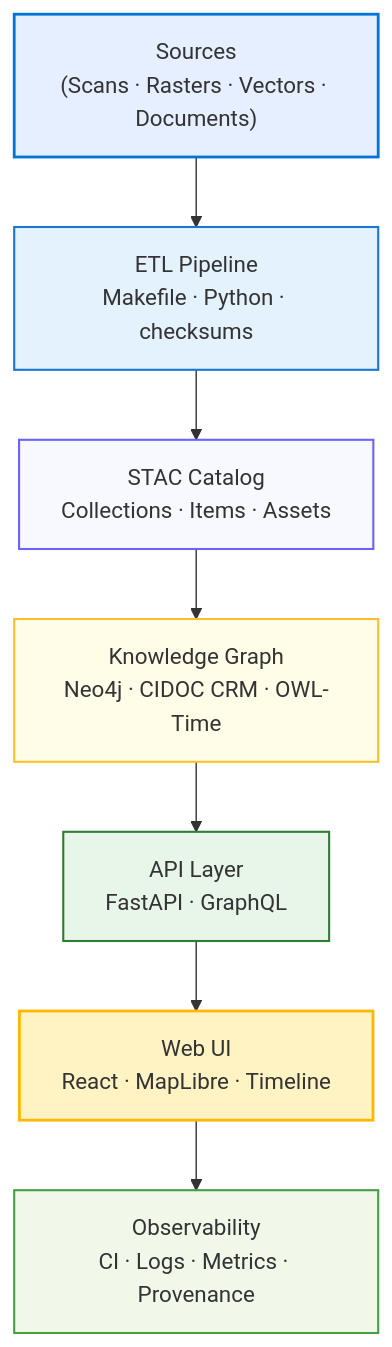
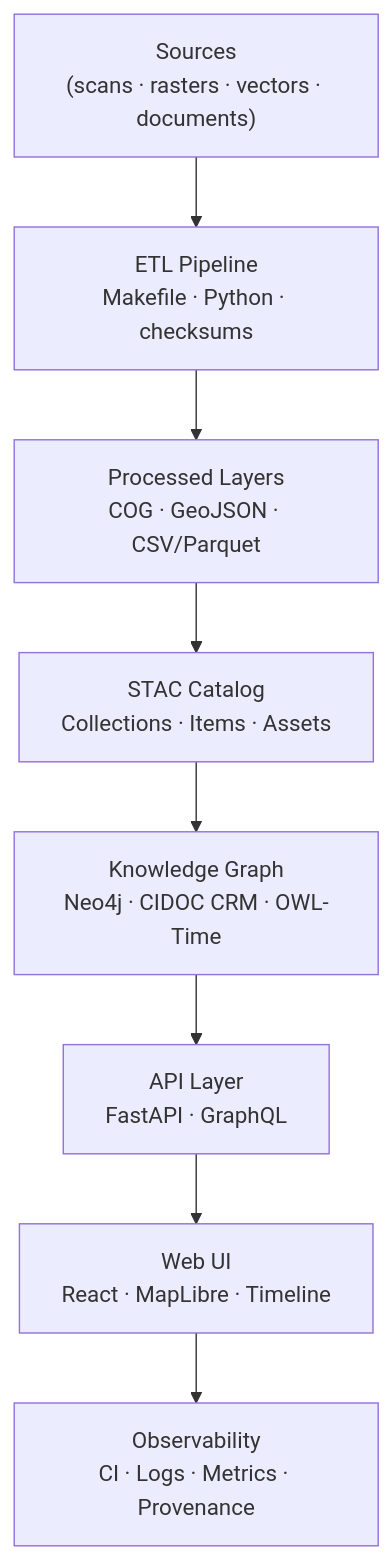
The first of 2 diagrams in docs/design/reviews/architecture/templates/architecture_review_template.md (bartytime4life/Kansas-Frontier-Matrix), drawn with Mermaid before and after one commit. The commit also changed other lines of this file, not shown here.

First line of the commit message:
Revise architecture review template for MCP-DL v6.3 compliance

`````diff
--- a/docs/design/reviews/architecture/templates/architecture_review_template.md
+++ b/docs/design/reviews/architecture/templates/architecture_review_template.md
@@ -48,19 +127,10 @@
 ```mermaid
 flowchart TD
-  A["Sources\n(Scans · Rasters · Vectors · Documents)"] --> B["ETL Pipeline\nMakefile · Python · checksums"]
-  B --> C["STAC Catalog\nCollections · Items · Assets"]
-  C --> D["Knowledge Graph\nNeo4j · CIDOC CRM · OWL-Time"]
-  D --> E["API Layer\nFastAPI · GraphQL"]
-  E --> F["Web UI\nReact · MapLibre · Timeline"]
-  F --> G["Observability\nCI · Logs · Metrics · Provenance"]
-
-  style A fill:#E6EFFF,stroke:#0074D9,stroke-width:2px
-  style B fill:#E3F2FD,stroke:#1976D2,stroke-width:1.5px
-  style C fill:#F8F8FF,stroke:#6C63FF,stroke-width:1.5px
-  style D fill:#FFFDE7,stroke:#FBC02D,stroke-width:1.5px
-  style E fill:#E8F5E9,stroke:#2E7D32,stroke-width:1.5px
-  style F fill:#FFF3C4,stroke:#FFB700,stroke-width:2px
-  style G fill:#F1F8E9,stroke:#43A047,stroke-width:1.5px
-
-  %% END OF MERMAID
-````
+  A["Sources\n(scans · rasters · vectors · documents)"] --> B["ETL Pipeline\nMakefile · Python · checksums"]
+  B --> C["Processed Layers\nCOG · GeoJSON · CSV/Parquet"]
+  C --> D["STAC Catalog\nCollections · Items · Assets"]
+  D --> E["Knowledge Graph\nNeo4j · CIDOC CRM · OWL-Time"]
+  E --> F["API Layer\nFastAPI · GraphQL"]
+  F --> G["Web UI\nReact · MapLibre · Timeline"]
+  G --> H["Observability\nCI · Logs · Metrics · Provenance"]
+```
`````
